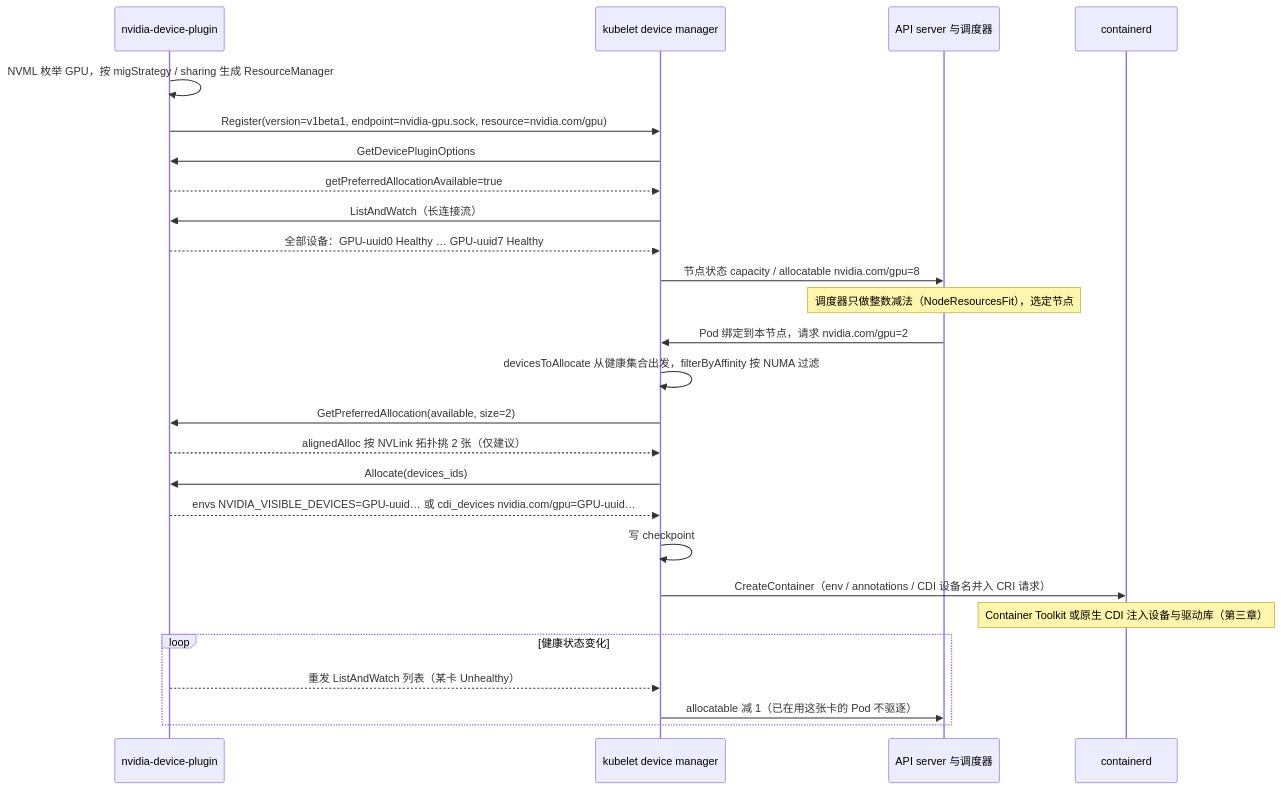
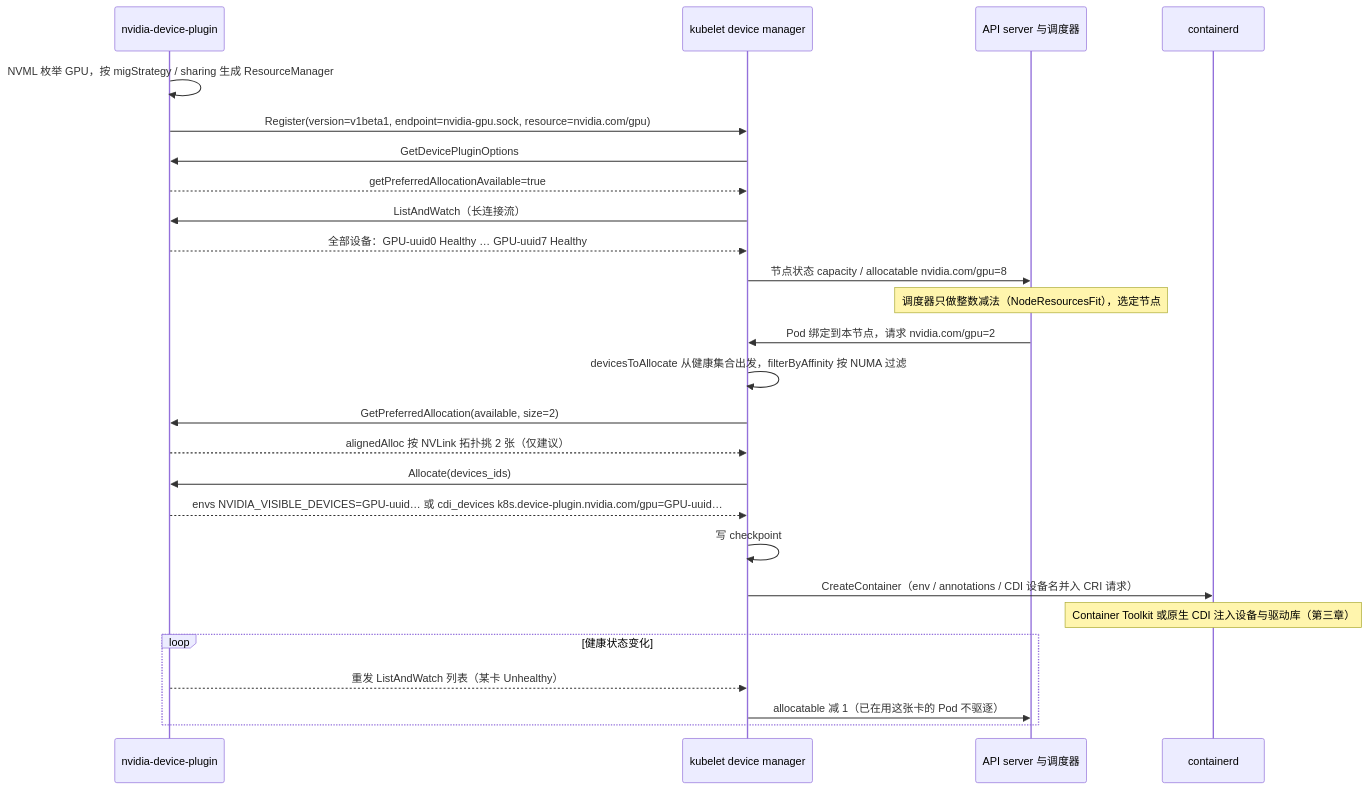
The third of 5 diagrams in _posts/2026-09-16-gpu-in-containers-driver-cuda-device-plugin.md (arganzheng/arganzheng.github.com), drawn with Mermaid before and after one commit. The commit also changed other lines of this file, not shown here.

First line of the commit message:
AI 平台（02）：对照固定版本核对容器用 GPU 篇的源码引用

````diff
--- a/_posts/2026-09-16-gpu-in-containers-driver-cuda-device-plugin.md
+++ b/_posts/2026-09-16-gpu-in-containers-driver-cuda-device-plugin.md
@@ -287,29 +287,29 @@
 ```mermaid
 %% 图：device plugin v1beta1 的一次完整生命周期：只有 Register 是插件主动调 kubelet，ListAndWatch 是常驻流，Allocate 每容器一次
 sequenceDiagram
     participant P as nvidia-device-plugin
     participant K as kubelet device manager
     participant A as API server 与调度器
     participant C as containerd
     P->>P: NVML 枚举 GPU，按 migStrategy / sharing 生成 ResourceManager
     P->>K: Register(version=v1beta1, endpoint=nvidia-gpu.sock, resource=nvidia.com/gpu)
     K->>P: GetDevicePluginOptions
     P-->>K: getPreferredAllocationAvailable=true
     K->>P: ListAndWatch（长连接流）
     P-->>K: 全部设备：GPU-uuid0 Healthy … GPU-uuid7 Healthy
     K->>A: 节点状态 capacity / allocatable nvidia.com/gpu=8
     Note over A: 调度器只做整数减法（NodeResourcesFit），选定节点
     A->>K: Pod 绑定到本节点，请求 nvidia.com/gpu=2
     K->>K: devicesToAllocate 从健康集合出发，filterByAffinity 按 NUMA 过滤
     K->>P: GetPreferredAllocation(available, size=2)
     P-->>K: alignedAlloc 按 NVLink 拓扑挑 2 张（仅建议）
     K->>P: Allocate(devices_ids)
-    P-->>K: envs NVIDIA_VISIBLE_DEVICES=GPU-uuid… 或 cdi_devices nvidia.com/gpu=GPU-uuid…
+    P-->>K: envs NVIDIA_VISIBLE_DEVICES=GPU-uuid… 或 cdi_devices k8s.device-plugin.nvidia.com/gpu=GPU-uuid…
     K->>K: 写 checkpoint
     K->>C: CreateContainer（env / annotations / CDI 设备名并入 CRI 请求）
     Note over C: Container Toolkit 或原生 CDI 注入设备与驱动库（第三章）
     loop 健康状态变化
         P-->>K: 重发 ListAndWatch 列表（某卡 Unhealthy）
         K->>A: allocatable 减 1（已在用这张卡的 Pod 不驱逐）
     end
 ```
````
